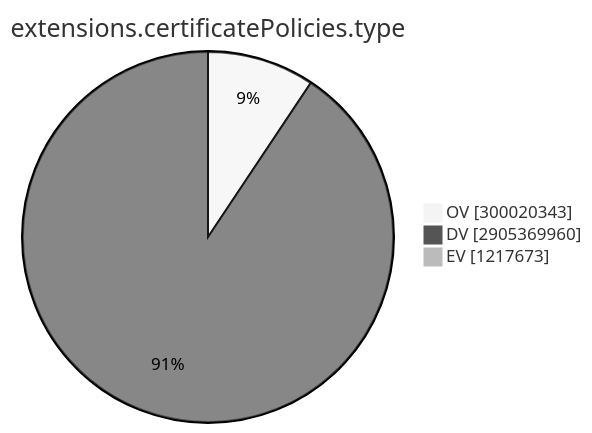
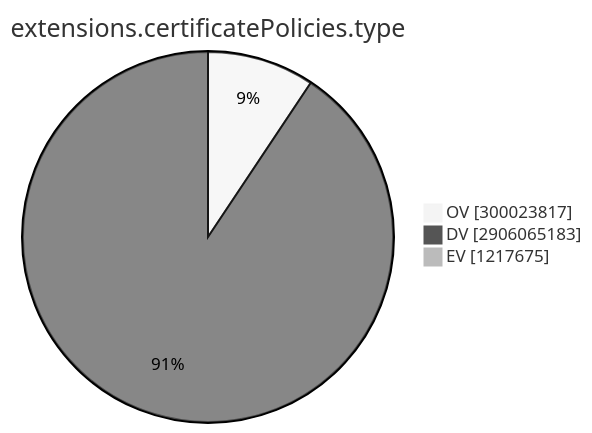
One commit to christiankrug/ctmonitor_visualization changed the ninth of 15 diagrams in TOTAL/README.md. Above: the diagram before and after it, drawn with Mermaid (neutral theme). The commit also changed other lines of this file, not shown here.

````diff
--- a/TOTAL/README.md
+++ b/TOTAL/README.md
@@ -3101,7 +3101,7 @@
 ```mermaid
 pie showData
 title extensions.certificatePolicies.type
-"OV" :300020343
-"DV" :2905369960
-"EV" :1217673
+"OV" :300023817
+"DV" :2906065183
+"EV" :1217675
 ```
````
